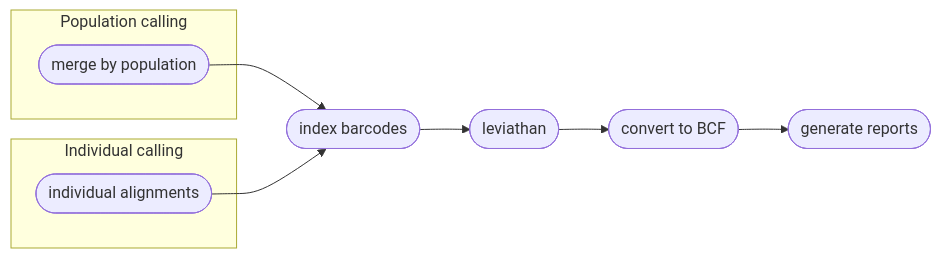
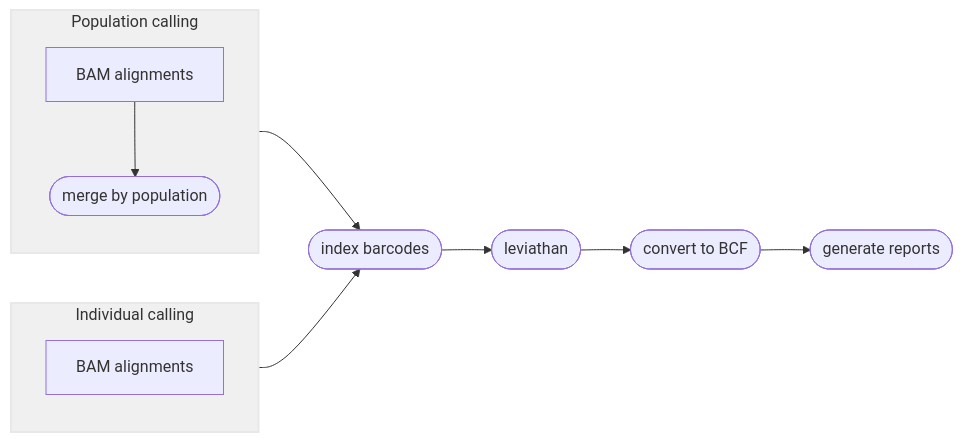
The diagram in Modules/SV/leviathan.md (pdimens/harpy), drawn with Mermaid before and after one commit. The commit also changed 10 other files, not shown here.

Commit message:
make all the mermaids nicer

````diff
--- a/Modules/SV/leviathan.md
+++ b/Modules/SV/leviathan.md
@@ -98,14 +98,15 @@
 ```mermaid
 graph LR
-    subgraph Population calling
-    popsplit([merge by population])
+    subgraph id1 [Population calling]
+        bams2[BAM alignments] --> popsplit([merge by population])
     end
-    subgraph Individual calling
-    bams([individual alignments])
+    subgraph id2 [Individual calling]
+        bams[BAM alignments]
     end
-    popsplit-->A
-    bams-->A
+    id1 & id2-->A
     A([index barcodes]) --> B([leviathan])
     B-->C([convert to BCF])
     C-->E([generate reports])
+    style id1 fill:#f0f0f0,stroke:#e8e8e8,stroke-width:2px
+    style id2 fill:#f0f0f0,stroke:#e8e8e8,stroke-width:2px
 ```
````
